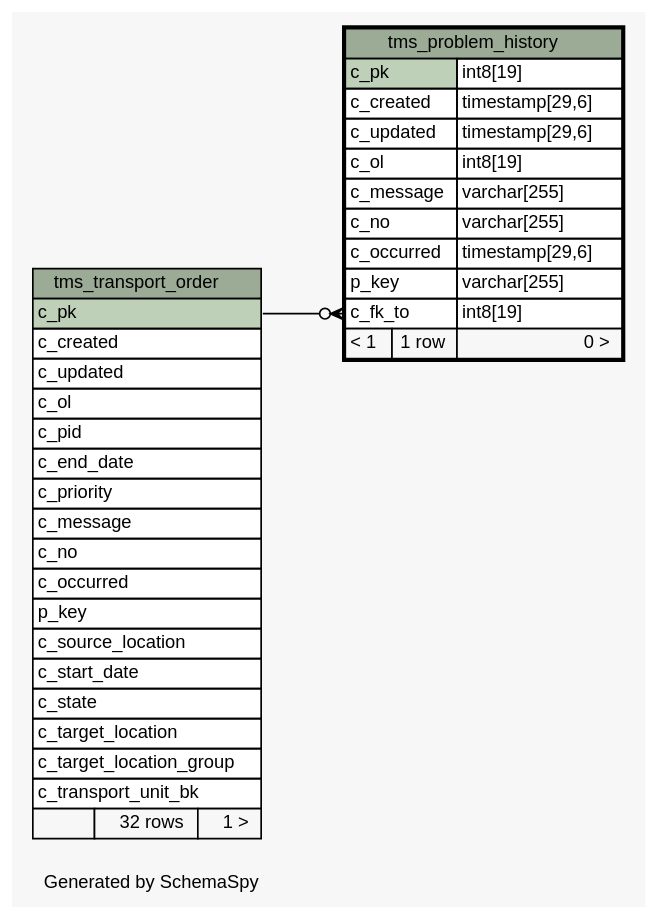
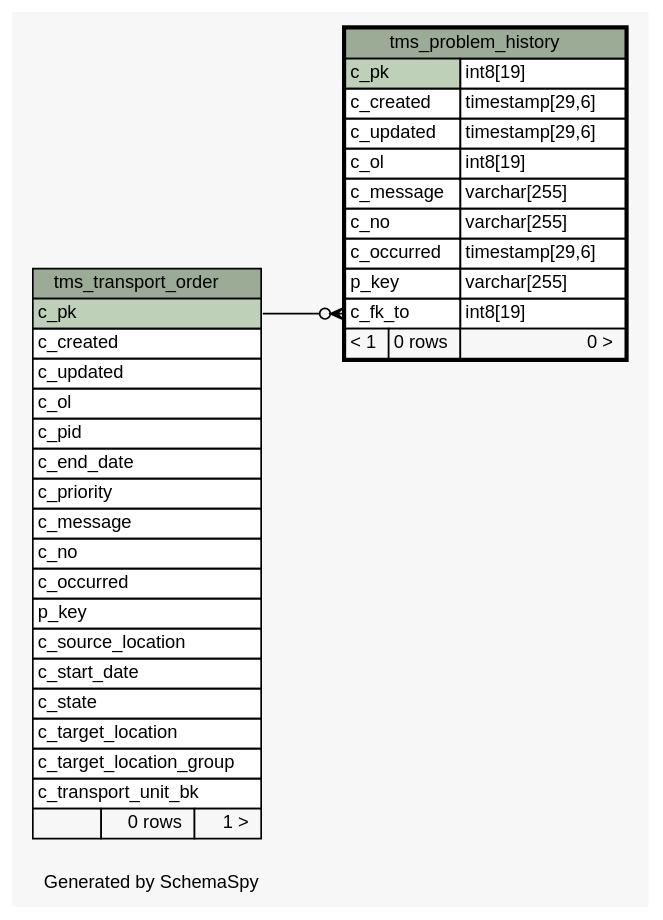
One commit to openwms/org.openwms.tms.transportation changed the diagram in 1.4.0-SNAPSHOT/schemaspy/diagrams/tms_problem_history.1degree.dot. Above: the diagram before and after it, drawn with Graphviz. The commit also changed 461 other files, not shown here.

```diff
--- a/1.4.0-SNAPSHOT/schemaspy/diagrams/tms_problem_history.1degree.dot
+++ b/1.4.0-SNAPSHOT/schemaspy/diagrams/tms_problem_history.1degree.dot
@@ -1,67 +1,67 @@
 // dot 2.36.0 on Linux 4.4.0-101-generic
 // SchemaSpy rev Unknown
 digraph "oneDegreeRelationshipsDiagram" {
   graph [
     rankdir="RL"
     bgcolor="#f7f7f7"
     label="\nGenerated by SchemaSpy"
     labeljust="l"
     nodesep="0.18"
     ranksep="0.46"
     fontname="Helvetica"
     fontsize="11"
   ];
   node [
     fontname="Helvetica"
     fontsize="11"
     shape="plaintext"
   ];
   edge [
     arrowsize="0.8"
   ];
   "tms_problem_history":"c_fk_to":w -> "tms_transport_order":"c_pk":e [arrowhead=none dir=back arrowtail=crowodot];
   "tms_problem_history" [
     label=<
     <TABLE BORDER="2" CELLBORDER="1" CELLSPACING="0" BGCOLOR="#ffffff">
       <TR><TD COLSPAN="3" BGCOLOR="#9bab96" ALIGN="CENTER">tms_problem_history</TD></TR>
       <TR><TD PORT="c_pk" COLSPAN="2" BGCOLOR="#bed1b8" ALIGN="LEFT">c_pk</TD><TD PORT="c_pk.type" ALIGN="LEFT">int8[19]</TD></TR>
       <TR><TD PORT="c_created" COLSPAN="2" ALIGN="LEFT">c_created</TD><TD PORT="c_created.type" ALIGN="LEFT">timestamp[29,6]</TD></TR>
       <TR><TD PORT="c_updated" COLSPAN="2" ALIGN="LEFT">c_updated</TD><TD PORT="c_updated.type" ALIGN="LEFT">timestamp[29,6]</TD></TR>
       <TR><TD PORT="c_ol" COLSPAN="2" ALIGN="LEFT">c_ol</TD><TD PORT="c_ol.type" ALIGN="LEFT">int8[19]</TD></TR>
       <TR><TD PORT="c_message" COLSPAN="2" ALIGN="LEFT">c_message</TD><TD PORT="c_message.type" ALIGN="LEFT">varchar[255]</TD></TR>
       <TR><TD PORT="c_no" COLSPAN="2" ALIGN="LEFT">c_no</TD><TD PORT="c_no.type" ALIGN="LEFT">varchar[255]</TD></TR>
       <TR><TD PORT="c_occurred" COLSPAN="2" ALIGN="LEFT">c_occurred</TD><TD PORT="c_occurred.type" ALIGN="LEFT">timestamp[29,6]</TD></TR>
       <TR><TD PORT="p_key" COLSPAN="2" ALIGN="LEFT">p_key</TD><TD PORT="p_key.type" ALIGN="LEFT">varchar[255]</TD></TR>
       <TR><TD PORT="c_fk_to" COLSPAN="2" ALIGN="LEFT">c_fk_to</TD><TD PORT="c_fk_to.type" ALIGN="LEFT">int8[19]</TD></TR>
-      <TR><TD ALIGN="LEFT" BGCOLOR="#f7f7f7">&lt; 1</TD><TD ALIGN="RIGHT" BGCOLOR="#f7f7f7">1 row</TD><TD ALIGN="RIGHT" BGCOLOR="#f7f7f7">0 &gt;</TD></TR>
+      <TR><TD ALIGN="LEFT" BGCOLOR="#f7f7f7">&lt; 1</TD><TD ALIGN="RIGHT" BGCOLOR="#f7f7f7">0 rows</TD><TD ALIGN="RIGHT" BGCOLOR="#f7f7f7">0 &gt;</TD></TR>
     </TABLE>>
     URL="tms_problem_history.html"
     tooltip="tms_problem_history"
   ];
   "tms_transport_order" [
     label=<
     <TABLE BORDER="0" CELLBORDER="1" CELLSPACING="0" BGCOLOR="#ffffff">
       <TR><TD COLSPAN="3" BGCOLOR="#9bab96" ALIGN="CENTER">tms_transport_order</TD></TR>
       <TR><TD PORT="c_pk" COLSPAN="3" BGCOLOR="#bed1b8" ALIGN="LEFT">c_pk</TD></TR>
       <TR><TD PORT="c_created" COLSPAN="3" ALIGN="LEFT">c_created</TD></TR>
       <TR><TD PORT="c_updated" COLSPAN="3" ALIGN="LEFT">c_updated</TD></TR>
       <TR><TD PORT="c_ol" COLSPAN="3" ALIGN="LEFT">c_ol</TD></TR>
       <TR><TD PORT="c_pid" COLSPAN="3" ALIGN="LEFT">c_pid</TD></TR>
       <TR><TD PORT="c_end_date" COLSPAN="3" ALIGN="LEFT">c_end_date</TD></TR>
       <TR><TD PORT="c_priority" COLSPAN="3" ALIGN="LEFT">c_priority</TD></TR>
       <TR><TD PORT="c_message" COLSPAN="3" ALIGN="LEFT">c_message</TD></TR>
       <TR><TD PORT="c_no" COLSPAN="3" ALIGN="LEFT">c_no</TD></TR>
       <TR><TD PORT="c_occurred" COLSPAN="3" ALIGN="LEFT">c_occurred</TD></TR>
       <TR><TD PORT="p_key" COLSPAN="3" ALIGN="LEFT">p_key</TD></TR>
       <TR><TD PORT="c_source_location" COLSPAN="3" ALIGN="LEFT">c_source_location</TD></TR>
       <TR><TD PORT="c_start_date" COLSPAN="3" ALIGN="LEFT">c_start_date</TD></TR>
       <TR><TD PORT="c_state" COLSPAN="3" ALIGN="LEFT">c_state</TD></TR>
       <TR><TD PORT="c_target_location" COLSPAN="3" ALIGN="LEFT">c_target_location</TD></TR>
       <TR><TD PORT="c_target_location_group" COLSPAN="3" ALIGN="LEFT">c_target_location_group</TD></TR>
       <TR><TD PORT="c_transport_unit_bk" COLSPAN="3" ALIGN="LEFT">c_transport_unit_bk</TD></TR>
-      <TR><TD ALIGN="LEFT" BGCOLOR="#f7f7f7">  </TD><TD ALIGN="RIGHT" BGCOLOR="#f7f7f7">32 rows</TD><TD ALIGN="RIGHT" BGCOLOR="#f7f7f7">1 &gt;</TD></TR>
+      <TR><TD ALIGN="LEFT" BGCOLOR="#f7f7f7">  </TD><TD ALIGN="RIGHT" BGCOLOR="#f7f7f7">0 rows</TD><TD ALIGN="RIGHT" BGCOLOR="#f7f7f7">1 &gt;</TD></TR>
     </TABLE>>
     URL="tms_transport_order.html"
     tooltip="tms_transport_order"
   ];
 }
```
